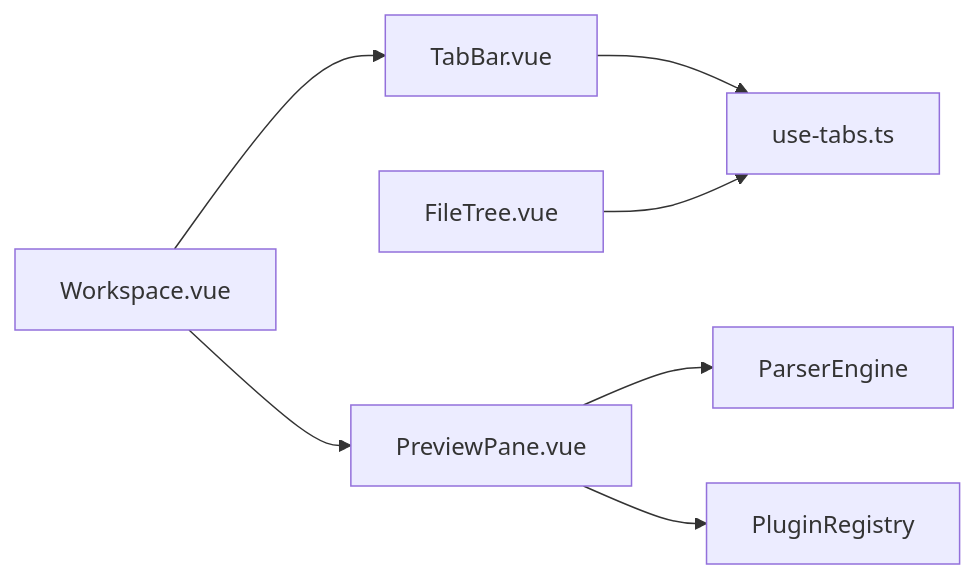
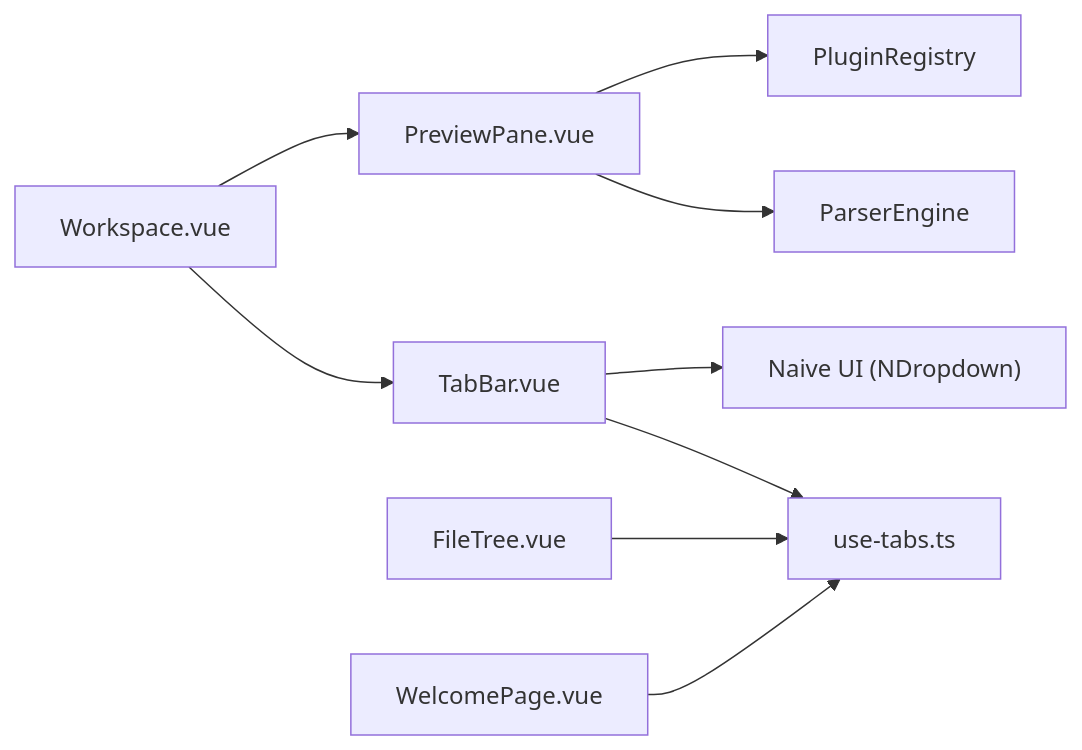
Before and after one commit to taoweidong/Hello-Tauri: the sixth of 7 diagrams in .qoder/repowiki/zh/content/用户界面/核心组件/工作区组件/标签栏组件.md, drawn with Mermaid. The commit also changed other lines of this file and 67 other files, not shown here.

````diff
--- a/.qoder/repowiki/zh/content/用户界面/核心组件/工作区组件/标签栏组件.md
+++ b/.qoder/repowiki/zh/content/用户界面/核心组件/工作区组件/标签栏组件.md
@@ -255,9 +332,11 @@
 ```mermaid
 graph LR
 TB["TabBar.vue"] --> UT["use-tabs.ts"]
 WS["Workspace.vue"] --> TB
 WS --> PP["PreviewPane.vue"]
 FT["FileTree.vue"] --> UT
 PP --> PE["ParserEngine"]
 PP --> REG["PluginRegistry"]
+WP["WelcomePage.vue"] --> UT
+TB --> NUI["Naive UI (NDropdown)"]
 ```
````
